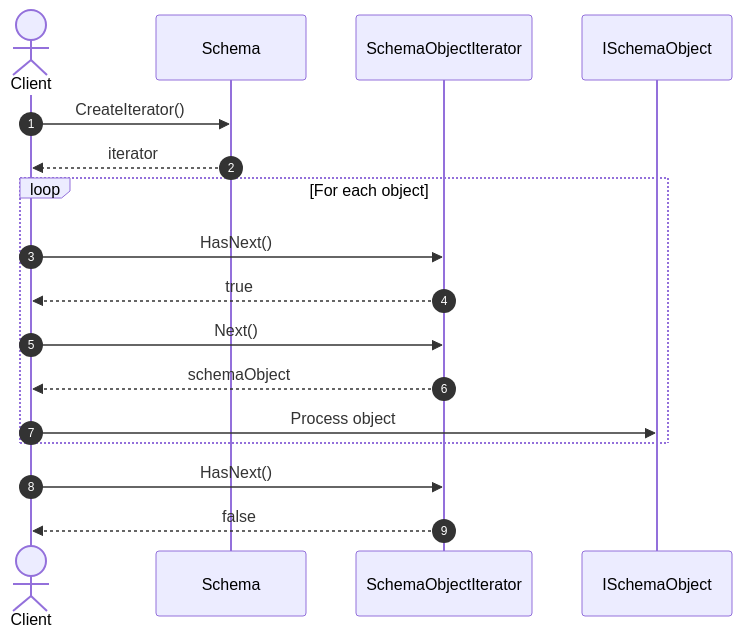
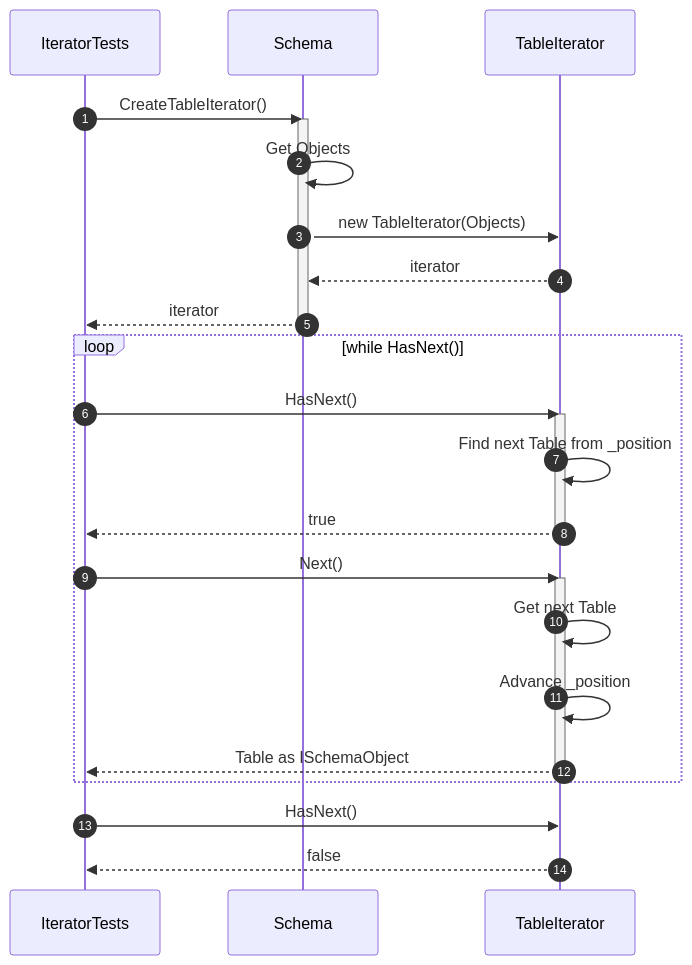
One commit to manaxpow/DBMS changed diagram 12 of 14 in docs/design-patterns/README.md. Above: the diagram before and after it, drawn with Mermaid. The commit also changed other lines of this file and 9 other files, not shown here.

Commit message:
Update Iterator for each SchemaObject

````diff
--- a/docs/design-patterns/README.md
+++ b/docs/design-patterns/README.md
@@ -422,25 +501,40 @@
 ```mermaid
 sequenceDiagram
     autonumber
 
-    actor Client
-    participant Schema
-    participant Iterator as SchemaObjectIterator
-    participant Object as ISchemaObject
+    participant Test as IteratorTests
+    participant Schema as Schema
+    participant TI as TableIterator
 
-    Client->>Schema: CreateIterator()
-    Schema-->>Client: iterator
+    Test->>Schema: CreateTableIterator()
+    activate Schema
 
-    loop For each object
-        Client->>Iterator: HasNext()
-        Iterator-->>Client: true
+    Schema->>Schema: Get Objects
+    Schema->>TI: new TableIterator(Objects)
+    TI-->>Schema: iterator
+    Schema-->>Test: iterator
 
-        Client->>Iterator: Next()
-        Iterator-->>Client: schemaObject
+    deactivate Schema
 
-        Client->>Object: Process object
+    loop while HasNext()
+        Test->>TI: HasNext()
+        activate TI
+
+        TI->>TI: Find next Table from _position
+        TI-->>Test: true
+
+        deactivate TI
+
+        Test->>TI: Next()
+        activate TI
+
+        TI->>TI: Get next Table
+        TI->>TI: Advance _position
+        TI-->>Test: Table as ISchemaObject
+
+        deactivate TI
     end
 
-    Client->>Iterator: HasNext()
-    Iterator-->>Client: false
+    Test->>TI: HasNext()
+    TI-->>Test: false
 ```
````
